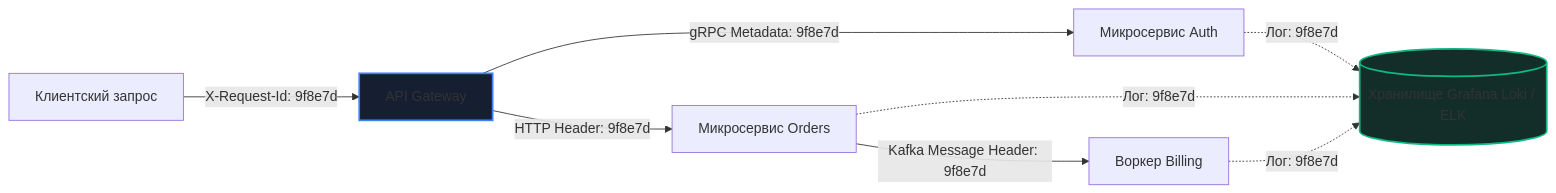
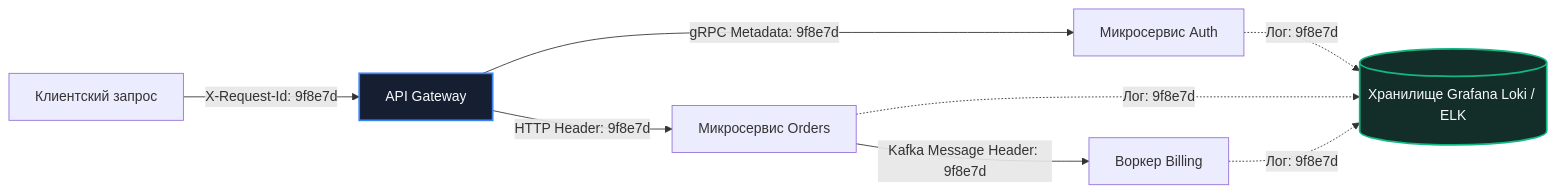
Before and after one commit to UnrealTemplier/go-textbook: the diagram in sources/16. Профилирование, отладка и производительность/11. Debugging/4. Логи и debugging.md, drawn with Mermaid. The commit also changed 310 other files, not shown here.

First line of the commit message:
fix(mermaid): replace light fill colors with dark palette for readability on dark theme

````diff
--- a/sources/16. Профилирование, отладка и производительность/11. Debugging/4. Логи и debugging.md
+++ b/sources/16. Профилирование, отладка и производительность/11. Debugging/4. Логи и debugging.md
@@ -67,14 +67,14 @@
 ```mermaid
 flowchart LR
     Client["Клиентский запрос"] -->|"X-Request-Id: 9f8e7d"| GW["API Gateway"]
     GW -->|"gRPC Metadata: 9f8e7d"| Auth["Микросервис Auth"]
     GW -->|"HTTP Header: 9f8e7d"| Orders["Микросервис Orders"]
     Orders -->|"Kafka Message Header: 9f8e7d"| Billing["Воркер Billing"]
     
     Auth -.->|"Лог: 9f8e7d"| Loki[("Хранилище Grafana Loki / ELK")]
     Orders -.->|"Лог: 9f8e7d"| Loki
     Billing -.->|"Лог: 9f8e7d"| Loki
     
-    style GW fill:#161e31,stroke:#3b82f6,stroke-width:2px
-    style Loki fill:#132d29,stroke:#10b981,stroke-width:2px
+    style GW fill:#161e31,stroke:#3b82f6,stroke-width:2px,color:#f8fafc
+    style Loki fill:#132d29,stroke:#10b981,stroke-width:2px,color:#f8fafc
 ```
````
